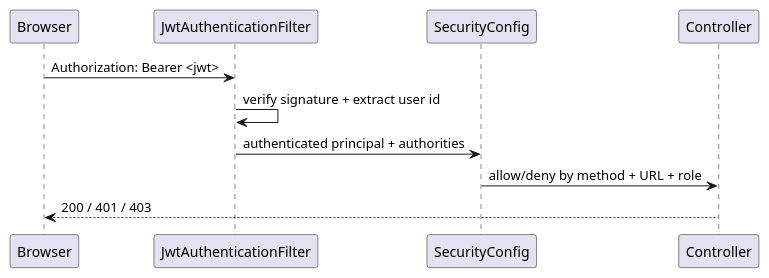
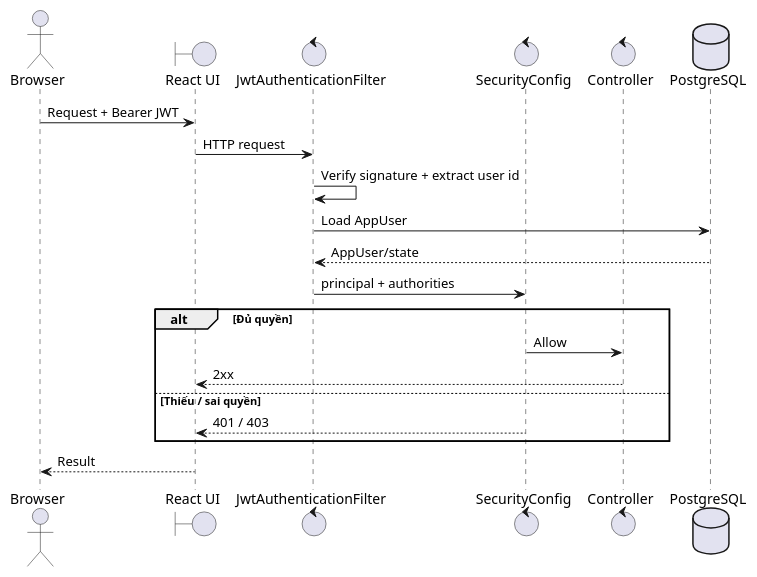
Before and after one commit to Trung-Khang/AutoTrade: the sixth of 6 diagrams in docs/UML/Sequence_Diagrams.md, drawn with PlantUML. The commit also changed other lines of this file and 36 other files, not shown here.

Commit message:
docs(tv5): add UML diagrams and update progress report 1/10/2026

````diff
--- a/docs/UML/Sequence_Diagrams.md
+++ b/docs/UML/Sequence_Diagrams.md
@@ -252,14 +209,24 @@
 ```plantuml
 @startuml
-participant Browser
-participant "JwtAuthenticationFilter" as JF
-participant "SecurityConfig" as SC
-participant "Controller" as C
+actor Browser
+boundary "React UI" as UI
+control "JwtAuthenticationFilter" as JF
+control "SecurityConfig" as SC
+control "Controller" as C
+database "PostgreSQL" as DB
 
-Browser -> JF: Authorization: Bearer <jwt>
-JF -> JF: verify signature + extract user id
-JF -> SC: authenticated principal + authorities
-SC -> C: allow/deny by method + URL + role
-C --> Browser: 200 / 401 / 403
+Browser -> UI : Request + Bearer JWT
+UI -> JF : HTTP request
+JF -> JF : Verify signature + extract user id
+JF -> DB : Load AppUser
+DB --> JF : AppUser/state
+JF -> SC : principal + authorities
+alt Đủ quyền
+  SC -> C : Allow
+  C --> UI : 2xx
+else Thiếu / sai quyền
+  SC --> UI : 401 / 403
+end
+UI --> Browser : Result
 @enduml
 ```
````
